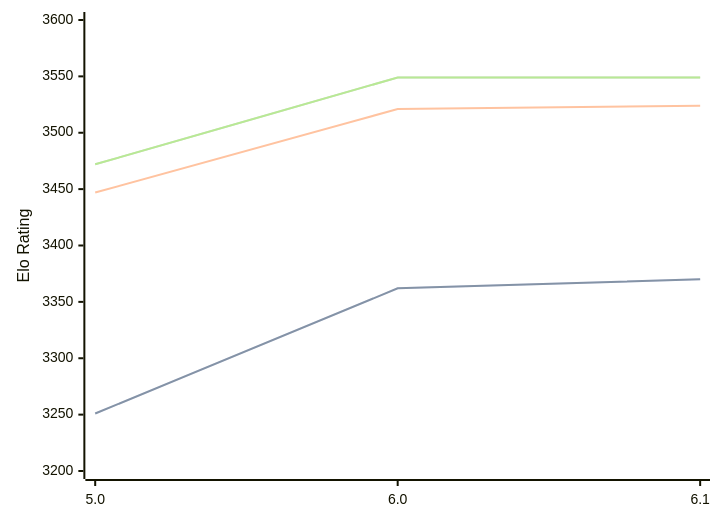
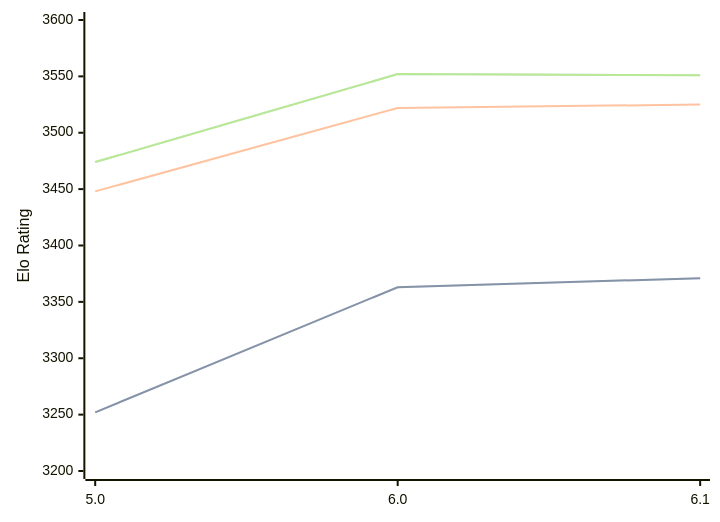
The diagram in engines/Starzix.md (computer-chess-index/cci), drawn with Mermaid before and after one commit. The commit also changed other lines of this file, not shown here.

Commit message:
Update CCI Ratings (ELO VLTC) - 2026-02-21

````diff
--- a/engines/Starzix.md
+++ b/engines/Starzix.md
@@ -34,11 +34,11 @@
 ```mermaid
 %%{init: {"theme":"base","themeVariables":{"seriesColors:['#a3a3a3','#222221','#faa371']}}}%%
 xychart-beta
   x-axis ["5.0", "6.0", "6.1"]
   y-axis "Elo Rating" 3200 --> 3600
-  line "STC (8.0+0.08s)" [3251, 3362, 3370]
-  line "STC (8.0+0.08s)" [3251, 3362, 3370]
-  line "LTC (60.0+0.60s)" [3447, 3521, 3524]
-  line "VLTC (2m24s+1.12s)" [3472, 3549, 3549]
-  line "VLTC (2m24s+1.12s)" [3472, 3549, 3549]
+  line "STC (8.0+0.08s)" [3252, 3363, 3371]
+  line "STC (8.0+0.08s)" [3252, 3363, 3371]
+  line "LTC (60.0+0.60s)" [3448, 3522, 3525]
+  line "VLTC (2m24s+1.12s)" [3474, 3552, 3551]
+  line "VLTC (2m24s+1.12s)" [3474, 3552, 3551]
 ```
````
